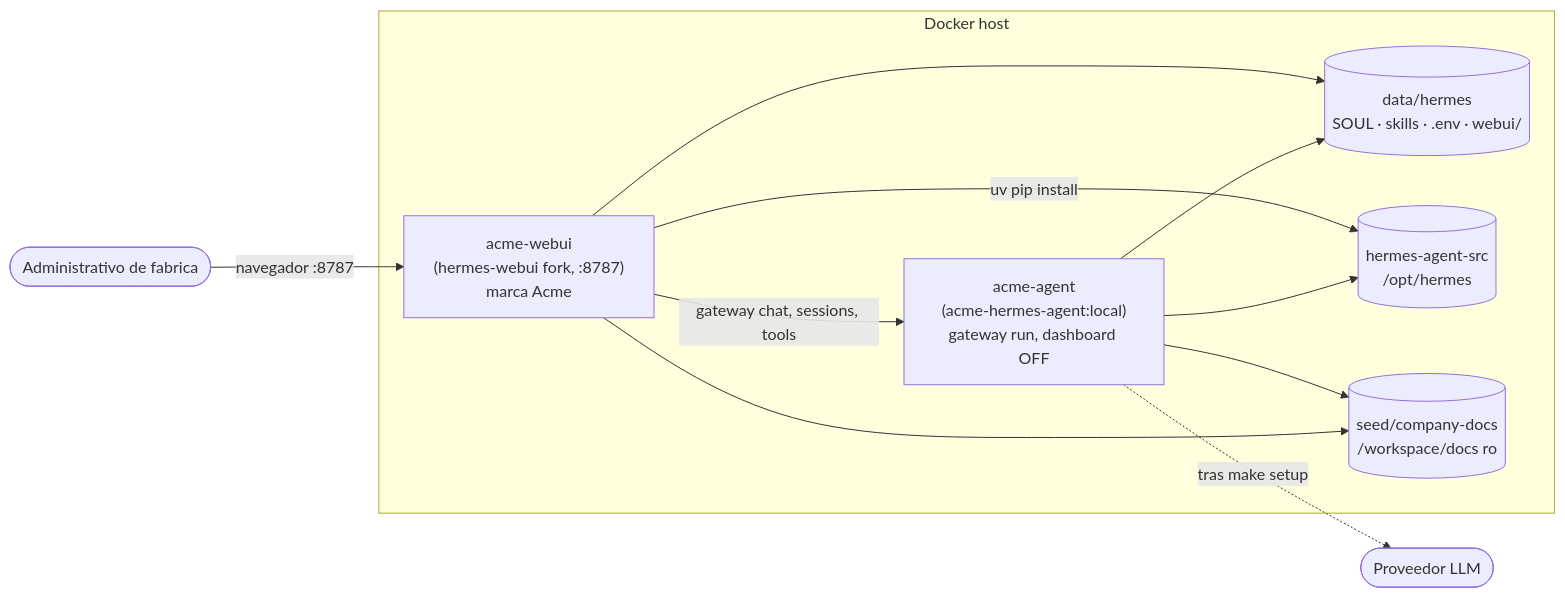
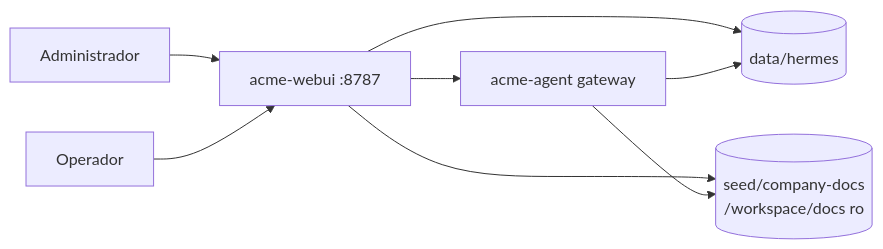
One commit to felipebasurto/hermes-acme changed the diagram in docs/ARCHITECTURE.md. Above: the diagram before and after it, drawn with Mermaid. The commit also changed other lines of this file and 4 other files, not shown here.

````diff
--- a/docs/ARCHITECTURE.md
+++ b/docs/ARCHITECTURE.md
@@ -26,21 +20,10 @@
 ```mermaid
 flowchart LR
-    admin([Administrativo de fabrica]) -->|navegador :8787| WEBUI
-
-    subgraph host[Docker host]
-      WEBUI["acme-webui<br/>(hermes-webui fork, :8787)<br/>marca Acme"]
-      AGENT["acme-agent<br/>(acme-hermes-agent:local)<br/>gateway run, dashboard OFF"]
-      VOL[("data/hermes<br/>SOUL · skills · .env · webui/")]
-      SRC[("hermes-agent-src<br/>/opt/hermes")]
-      DOCS[("seed/company-docs<br/>/workspace/docs ro")]
-      WEBUI -->|gateway chat, sessions, tools| AGENT
-      WEBUI --> VOL
-      AGENT --> VOL
-      WEBUI -->|uv pip install| SRC
-      AGENT --> SRC
-      AGENT --> DOCS
-      WEBUI --> DOCS
-    end
-
-    AGENT -.->|tras make setup| LLM([Proveedor LLM])
+  Admin[Administrador] --> UI[acme-webui :8787]
+  Operador[Operador] --> UI
+  UI --> Agent[acme-agent gateway]
+  UI --> Data[(data/hermes)]
+  Agent --> Data
+  UI --> Docs[(seed/company-docs<br/>/workspace/docs ro)]
+  Agent --> Docs
 ```
````
